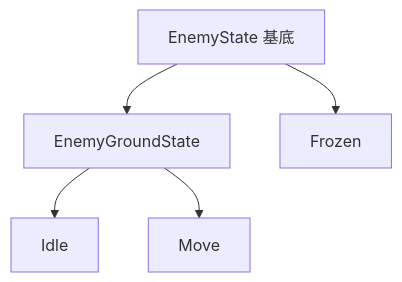
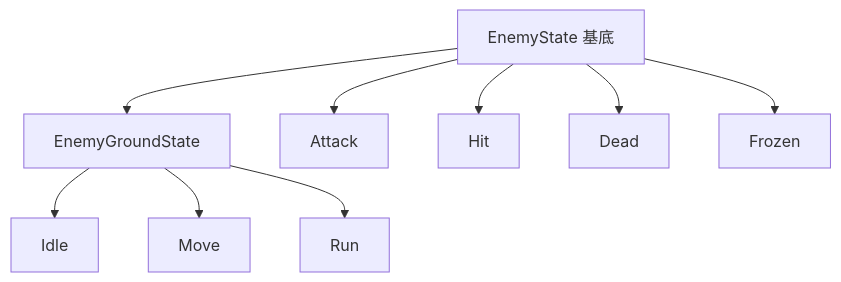
The second of 2 diagrams in Action/docs/ゲーム/敵/敵のステートの設計.md (hirota-ryuki/Action), drawn with Mermaid before and after one commit. The commit also changed other lines of this file and 5 other files, not shown here.

````diff
--- a/Action/docs/ゲーム/敵/敵のステートの設計.md
+++ b/Action/docs/ゲーム/敵/敵のステートの設計.md
@@ -35,7 +54,11 @@
 ```mermaid
 flowchart TD
     S[EnemyState 基底] --> G[EnemyGroundState]
     G --> I[Idle]
     G --> M[Move]
+    G --> R[Run]
+    S --> A[Attack]
+    S --> H[Hit]
+    S --> D[Dead]
     S --> F[Frozen]
 ```
````
